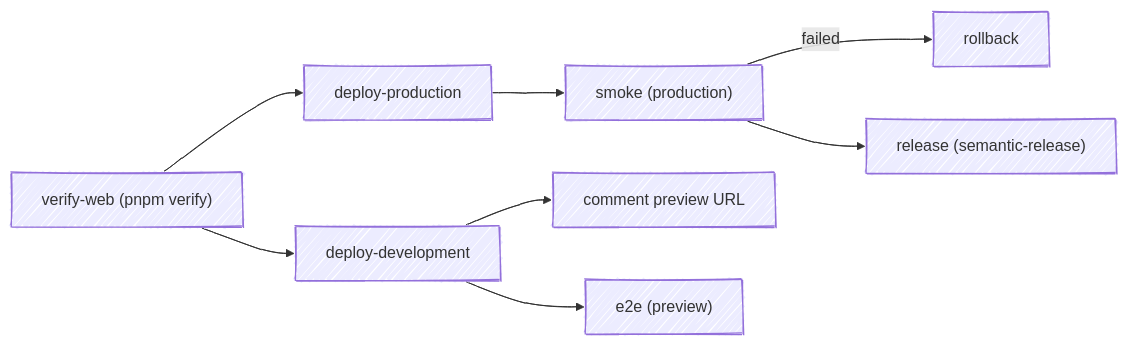
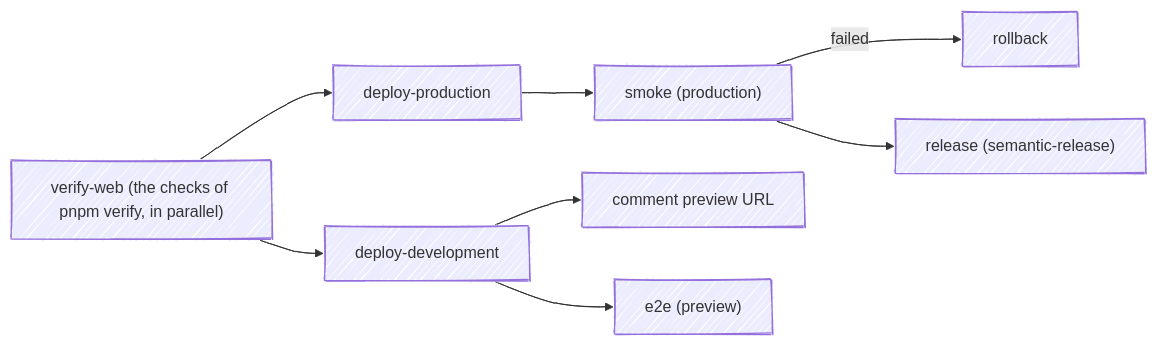
One commit to fbuireu/contribKit changed the first of 3 diagrams in docs/wiki/CI-CD.md. Above: the diagram before and after it, drawn with Mermaid. The commit also changed 4 other files, not shown here.

First line of the commit message:
ci: run the verify checks as parallel steps

````diff
--- a/docs/wiki/CI-CD.md
+++ b/docs/wiki/CI-CD.md
@@ -30,15 +30,15 @@
 ```mermaid
 ---
 config:
   look: handDrawn
   layout: dagre
 ---
 flowchart LR
-  check["verify-web (pnpm verify)"] --> prod["deploy-production"]
+  check["verify-web (the checks of pnpm verify, in parallel)"] --> prod["deploy-production"]
   check --> dev["deploy-development"]
   prod --> smoke["smoke (production)"]
   smoke -->|failed| back["rollback"]
   smoke --> rel["release (semantic-release)"]
   dev --> comment["comment preview URL"]
   dev --> e2e["e2e (preview)"]
 ```
````
